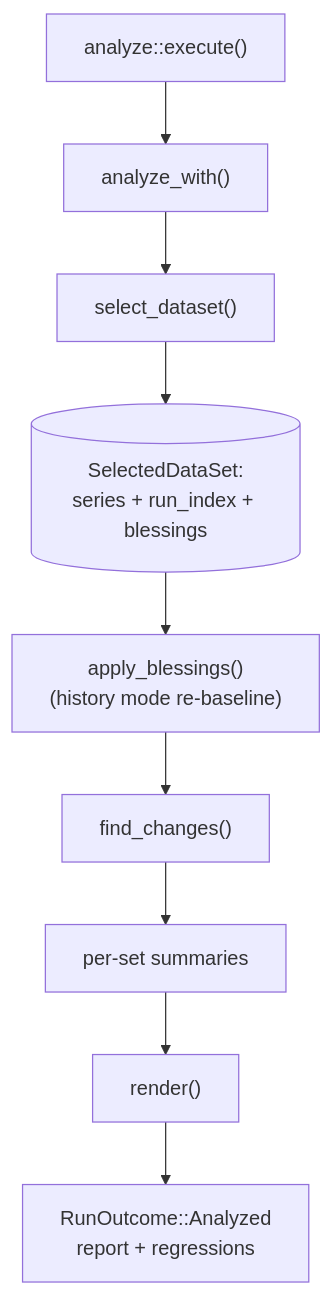
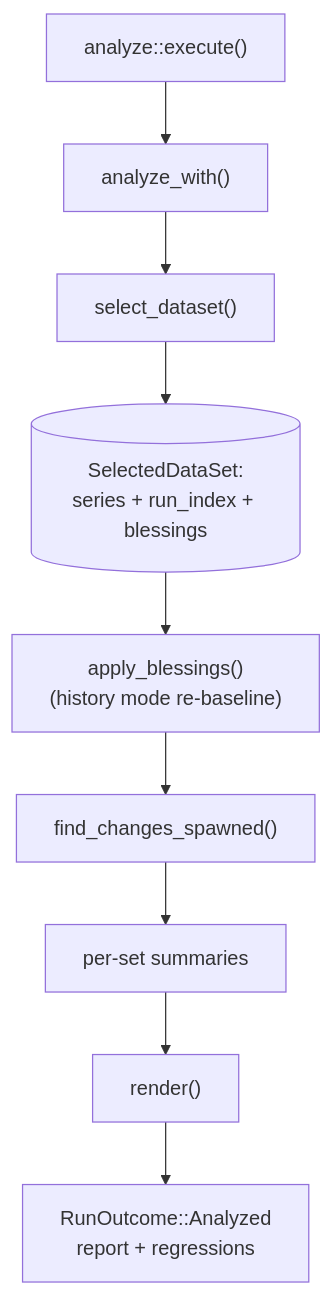
The first of 4 diagrams in packages/cargo-bench-history/docs/analyze.md (folo-rs/folo), drawn with Mermaid before and after one commit. The commit also changed other lines of this file and 18 other files, not shown here.

````diff
--- a/packages/cargo-bench-history/docs/analyze.md
+++ b/packages/cargo-bench-history/docs/analyze.md
@@ -38,11 +41,11 @@
 ```mermaid
 flowchart TD
   EXEC["analyze::execute()"] --> AW["analyze_with()"]
   AW --> SD["select_dataset()"]
   SD --> DS[("SelectedDataSet:\nseries + run_index + blessings")]
   DS --> AB["apply_blessings()\n(history mode re-baseline)"]
-  AB --> FC["find_changes()"]
+  AB --> FC["find_changes_spawned()"]
   FC --> SUM["per-set summaries"]
   SUM --> RENDER["render()"]
   RENDER --> OUT["RunOutcome::Analyzed\nreport + regressions"]
 ```
````
